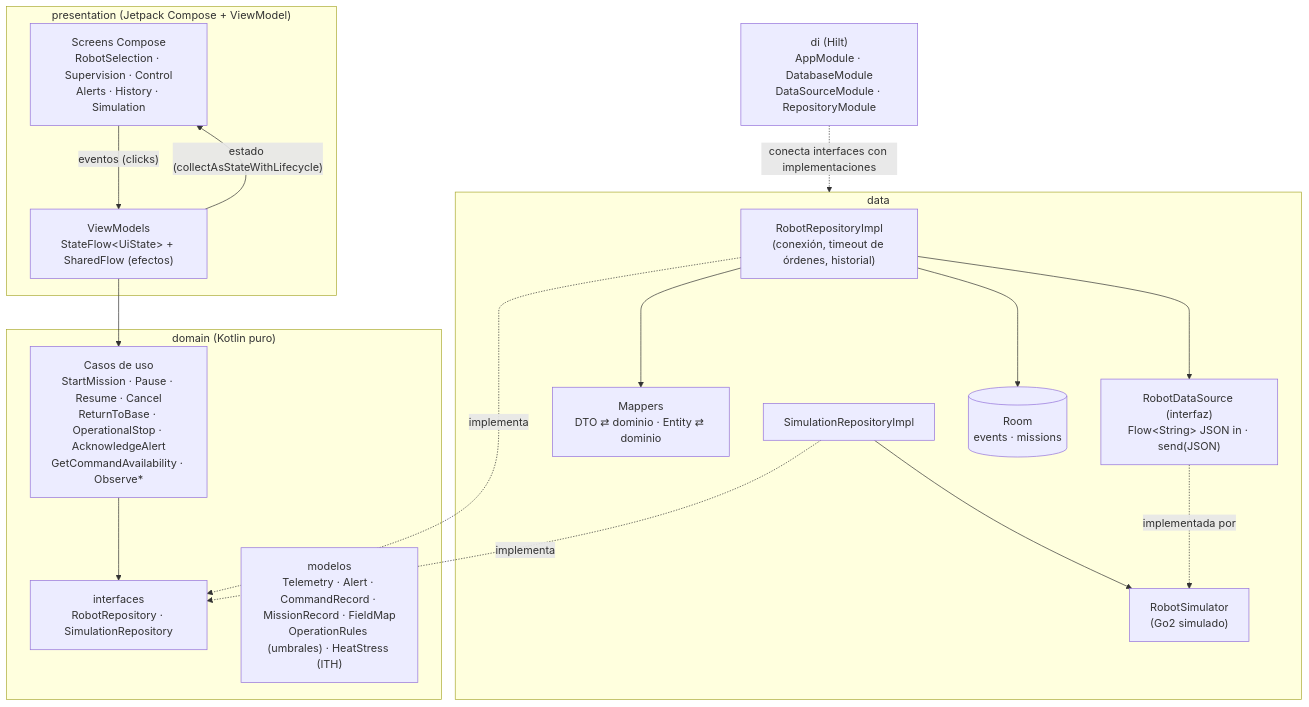
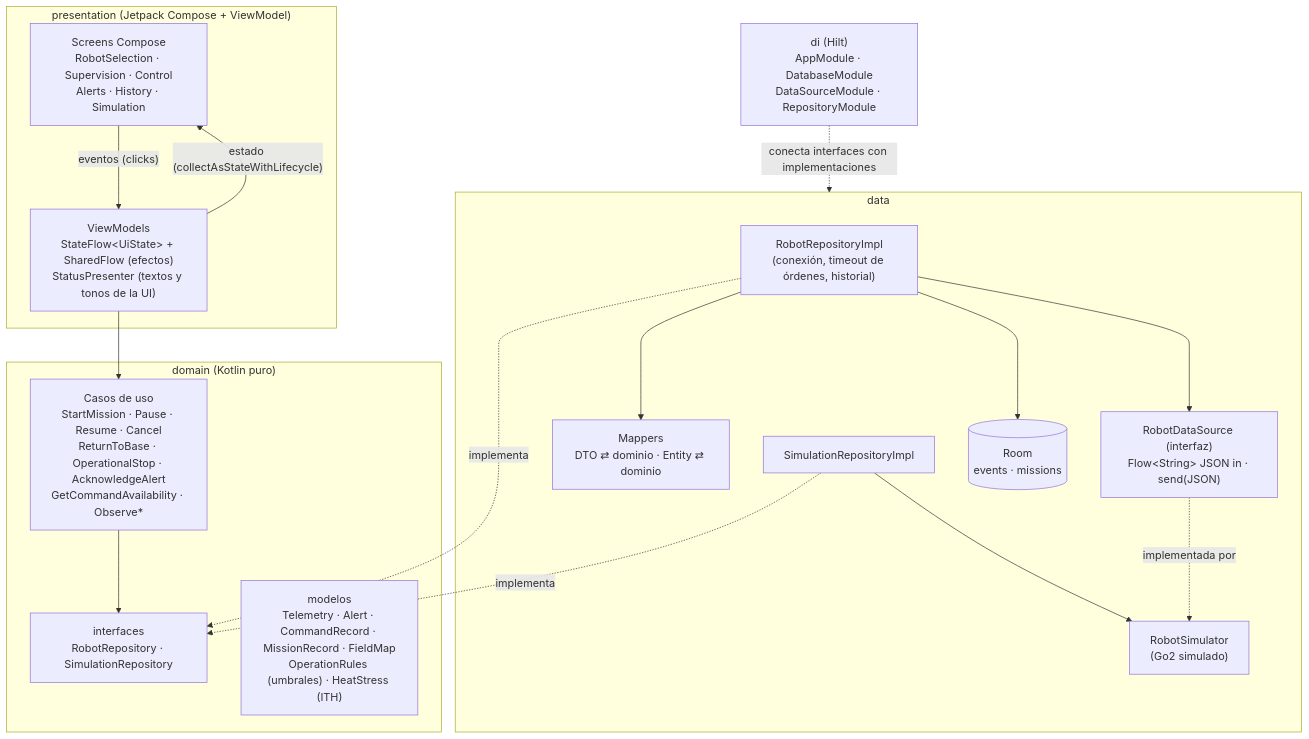
Before and after one commit to JuanCBSerra/tp-robot: the first of 3 diagrams in docs/arquitectura.md, drawn with Mermaid. The commit also changed other lines of this file and 27 other files, not shown here.

First line of the commit message:
Refactor: la UI solo dibuja (StatusPresenter) + tests de dominio, ViewModels y mappers

````diff
--- a/docs/arquitectura.md
+++ b/docs/arquitectura.md
@@ -6,36 +6,36 @@
 ```mermaid
 flowchart TB
     subgraph presentation["presentation (Jetpack Compose + ViewModel)"]
         UI["Screens Compose<br/>RobotSelection · Supervision · Control<br/>Alerts · History · Simulation"]
-        VM["ViewModels<br/>StateFlow&lt;UiState&gt; + SharedFlow (efectos)"]
+        VM["ViewModels<br/>StateFlow&lt;UiState&gt; + SharedFlow (efectos)<br/>StatusPresenter (textos y tonos de la UI)"]
         UI -- "eventos (clicks)" --> VM
         VM -- "estado (collectAsStateWithLifecycle)" --> UI
     end
 
     subgraph domain["domain (Kotlin puro)"]
         UC["Casos de uso<br/>StartMission · Pause · Resume · Cancel<br/>ReturnToBase · OperationalStop · AcknowledgeAlert<br/>GetCommandAvailability · Observe*"]
         REPO_I["interfaces<br/>RobotRepository · SimulationRepository"]
         MODEL["modelos<br/>Telemetry · Alert · CommandRecord · MissionRecord · FieldMap<br/>OperationRules (umbrales) · HeatStress (ITH)"]
         UC --> REPO_I
     end
 
     subgraph data["data"]
         REPO["RobotRepositoryImpl<br/>(conexión, timeout de órdenes, historial)"]
         SIMREPO["SimulationRepositoryImpl"]
         MAP["Mappers<br/>DTO ⇄ dominio · Entity ⇄ dominio"]
         DS["RobotDataSource (interfaz)<br/>Flow&lt;String&gt; JSON in · send(JSON)"]
         SIM["RobotSimulator<br/>(Go2 simulado)"]
         ROOM[("Room<br/>events · missions")]
         REPO --> MAP
         REPO --> DS
         REPO --> ROOM
         SIMREPO --> SIM
         DS -. "implementada por" .-> SIM
     end
 
     VM --> UC
     REPO -. "implementa" .-> REPO_I
     SIMREPO -. "implementa" .-> REPO_I
 
     DI["di (Hilt)<br/>AppModule · DatabaseModule<br/>DataSourceModule · RepositoryModule"] -. "conecta interfaces con implementaciones" .-> data
 ```
````
